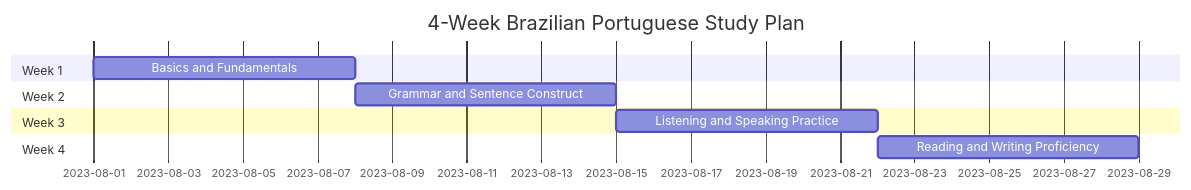
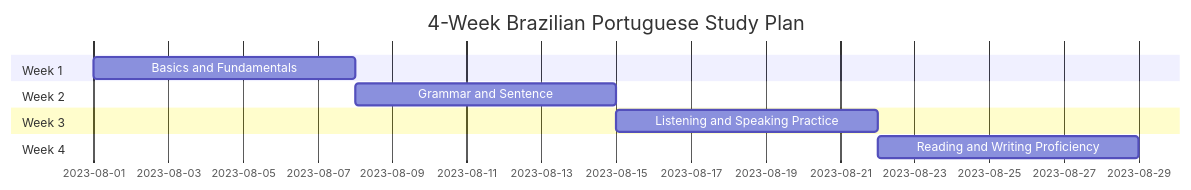
Before and after one commit to ainglese-dev/ainglese-dev.github.io: the diagram in _posts/2023-07-26-short-language-learning.md, drawn with Mermaid.

Commit message:
[UPDATE] Gantt was broken

````diff
--- a/_posts/2023-07-26-short-language-learning.md
+++ b/_posts/2023-07-26-short-language-learning.md
@@ -22,12 +22,12 @@
 ```mermaid
 gantt
   title 4-Week Brazilian Portuguese Study Plan
   Section Week 1
   Basics and Fundamentals :a, 2023-08-01, 7d
   Section Week 2
-  Grammar and Sentence Construct :a, 2023-08-08, 7d
+  Grammar and Sentence :a, 2023-08-08, 7d
   Section Week 3
   Listening and Speaking Practice :a, 2023-08-15, 7d
   Section Week 4
   Reading and Writing Proficiency :a, 2023-08-22, 7d
 ```
````
